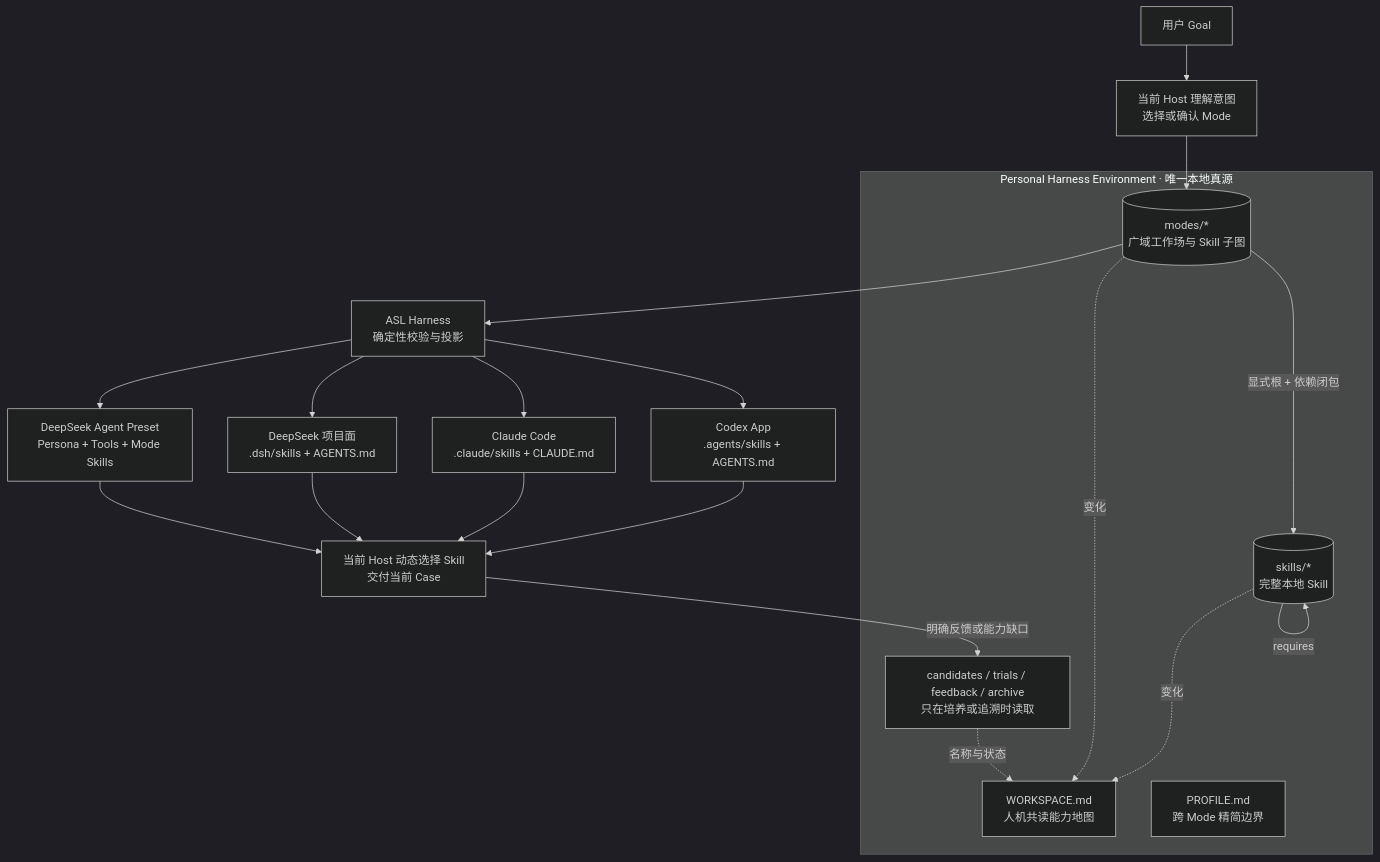
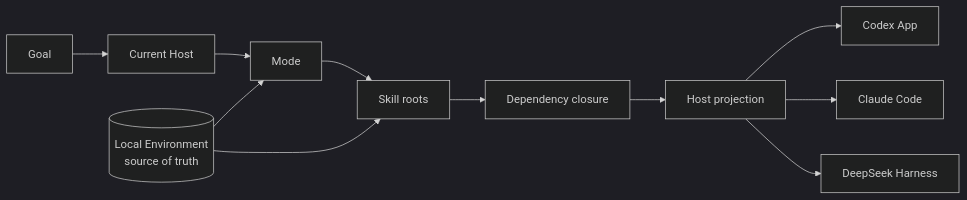
One commit to qihangzhang-272/asl-harness changed the diagram in README.md. Above: the diagram before and after it, drawn with Mermaid (dark theme). The commit also changed other lines of this file and 1 other file, not shown here.

````diff
--- a/README.md
+++ b/README.md
@@ -15,32 +123,15 @@
 ```mermaid
-flowchart TB
-    GOAL["用户 Goal"] --> HOST["当前 Host 理解意图\n选择或确认 Mode"]
+flowchart LR
+    G["Goal"] --> H["Current Host"]
+    H --> M["Mode"]
+    M --> R["Skill roots"]
+    R --> D["Dependency closure"]
+    D --> P["Host projection"]
 
-    subgraph ENV["Personal Harness Environment · 唯一本地真源"]
-        VIEW["WORKSPACE.md\n人机共读能力地图"]
-        PROFILE["PROFILE.md\n跨 Mode 精简边界"]
-        SKILLS[("skills/*\n完整本地 Skill")]
-        MODES[("modes/*\n广域工作场与 Skill 子图")]
-        CULTIVATE["candidates / trials / feedback / archive\n只在培养或追溯时读取"]
+    P --> C["Codex App"]
+    P --> L["Claude Code"]
+    P --> S["DeepSeek Harness"]
 
-        SKILLS -->|requires| SKILLS
-        MODES -->|显式根 + 依赖闭包| SKILLS
-        SKILLS -.变化.-> VIEW
-        MODES -.变化.-> VIEW
-        CULTIVATE -.名称与状态.-> VIEW
-    end
-
-    HOST --> MODES
-    MODES --> PROJECT["ASL Harness\n确定性校验与投影"]
-
-    PROJECT --> CODEX["Codex App\n.agents/skills + AGENTS.md"]
-    PROJECT --> CLAUDE["Claude Code\n.claude/skills + CLAUDE.md"]
-    PROJECT --> DSH_PROJECT["DeepSeek 项目面\n.dsh/skills + AGENTS.md"]
-    PROJECT --> DSH_PRESET["DeepSeek Agent Preset\nPersona + Tools + Mode Skills"]
-
-    CODEX --> EXECUTE["当前 Host 动态选择 Skill\n交付当前 Case"]
-    CLAUDE --> EXECUTE
-    DSH_PROJECT --> EXECUTE
-    DSH_PRESET --> EXECUTE
-    EXECUTE -->|明确反馈或能力缺口| CULTIVATE
+    E[("Local Environment\nsource of truth")] --> M
+    E --> R
 ```
````
